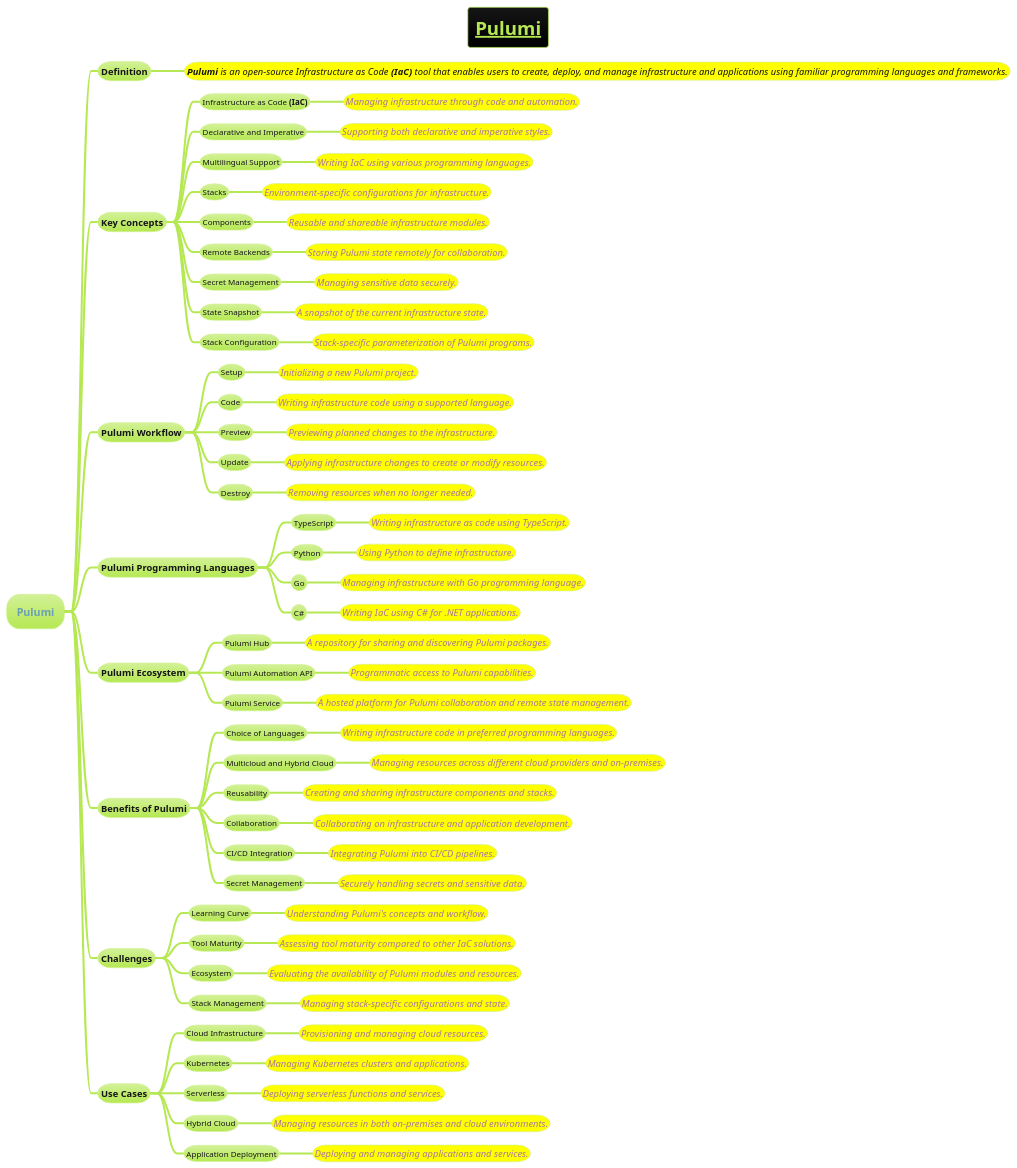
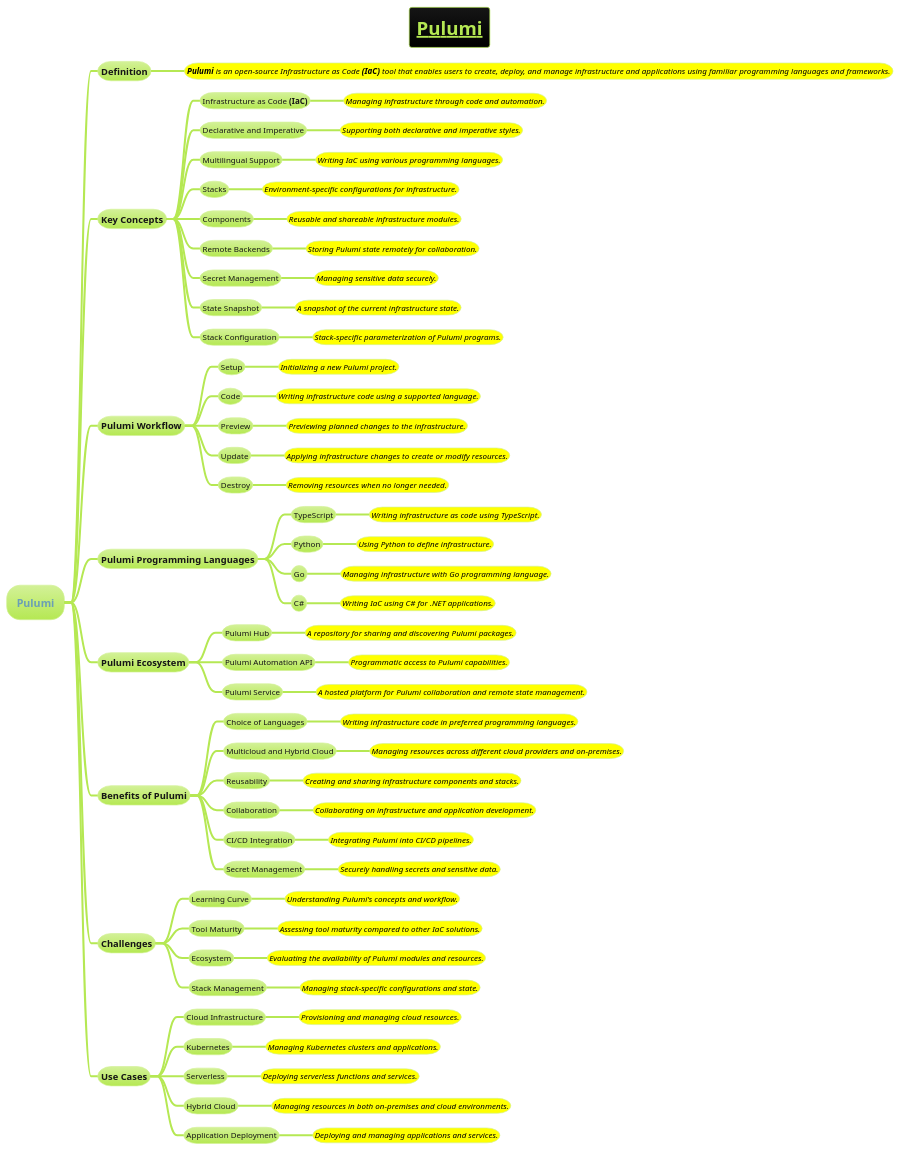
One commit to MehmoodHashmi/Documentation-as-Code-DaC changed the diagram in docs/3-devops/devops-plantuml-mindmap/Pulumi.puml. Above: the diagram before and after it, drawn with PlantUML. The commit also changed 2 other files, not shown here.

```diff
--- a/docs/3-devops/devops-plantuml-mindmap/Pulumi.puml
+++ b/docs/3-devops/devops-plantuml-mindmap/Pulumi.puml
@@ -1,96 +1,96 @@
 @startmindmap
 title =__Pulumi__
 !theme hacker
 
 
 * Pulumi
 ** Definition
-***[#yellow] ====<size:14>**Pulumi** is an open-source Infrastructure as Code **(IaC)** tool that enables users to create, deploy, and manage infrastructure and applications using familiar programming languages and frameworks.
+***[#yellow] <i><size:12><color #black>**Pulumi** is an open-source Infrastructure as Code **(IaC)** tool that enables users to create, deploy, and manage infrastructure and applications using familiar programming languages and frameworks.
 
 ** Key Concepts
 *** Infrastructure as Code **(IaC)**
-****[#yellow] ====<size:14>Managing infrastructure through code and automation.
+****[#yellow] <i><size:12><color #black>Managing infrastructure through code and automation.
 *** Declarative and Imperative
-****[#yellow] ====<size:14>Supporting both declarative and imperative styles.
+****[#yellow] <i><size:12><color #black>Supporting both declarative and imperative styles.
 *** Multilingual Support
-****[#yellow] ====<size:14>Writing IaC using various programming languages.
+****[#yellow] <i><size:12><color #black>Writing IaC using various programming languages.
 *** Stacks
-****[#yellow] ====<size:14>Environment-specific configurations for infrastructure.
+****[#yellow] <i><size:12><color #black>Environment-specific configurations for infrastructure.
 *** Components
-****[#yellow] ====<size:14>Reusable and shareable infrastructure modules.
+****[#yellow] <i><size:12><color #black>Reusable and shareable infrastructure modules.
 *** Remote Backends
-****[#yellow] ====<size:14>Storing Pulumi state remotely for collaboration.
+****[#yellow] <i><size:12><color #black>Storing Pulumi state remotely for collaboration.
 *** Secret Management
-****[#yellow] ====<size:14>Managing sensitive data securely.
+****[#yellow] <i><size:12><color #black>Managing sensitive data securely.
 *** State Snapshot
-****[#yellow] ====<size:14>A snapshot of the current infrastructure state.
+****[#yellow] <i><size:12><color #black>A snapshot of the current infrastructure state.
 *** Stack Configuration
-****[#yellow] ====<size:14>Stack-specific parameterization of Pulumi programs.
+****[#yellow] <i><size:12><color #black>Stack-specific parameterization of Pulumi programs.
 
 ** Pulumi Workflow
 *** Setup
-****[#yellow] ====<size:14>Initializing a new Pulumi project.
+****[#yellow] <i><size:12><color #black>Initializing a new Pulumi project.
 *** Code
-****[#yellow] ====<size:14>Writing infrastructure code using a supported language.
+****[#yellow] <i><size:12><color #black>Writing infrastructure code using a supported language.
 *** Preview
-****[#yellow] ====<size:14>Previewing planned changes to the infrastructure.
+****[#yellow] <i><size:12><color #black>Previewing planned changes to the infrastructure.
 *** Update
-****[#yellow] ====<size:14>Applying infrastructure changes to create or modify resources.
+****[#yellow] <i><size:12><color #black>Applying infrastructure changes to create or modify resources.
 *** Destroy
-****[#yellow] ====<size:14>Removing resources when no longer needed.
+****[#yellow] <i><size:12><color #black>Removing resources when no longer needed.
 
 ** Pulumi Programming Languages
 *** TypeScript
-****[#yellow] ====<size:14>Writing infrastructure as code using TypeScript.
+****[#yellow] <i><size:12><color #black>Writing infrastructure as code using TypeScript.
 *** Python
-****[#yellow] ====<size:14>Using Python to define infrastructure.
+****[#yellow] <i><size:12><color #black>Using Python to define infrastructure.
 *** Go
-****[#yellow] ====<size:14>Managing infrastructure with Go programming language.
+****[#yellow] <i><size:12><color #black>Managing infrastructure with Go programming language.
 *** C#
-****[#yellow] ====<size:14>Writing IaC using C# for .NET applications.
+****[#yellow] <i><size:12><color #black>Writing IaC using C# for .NET applications.
 
 ** Pulumi Ecosystem
 *** Pulumi Hub
-****[#yellow] ====<size:14>A repository for sharing and discovering Pulumi packages.
+****[#yellow] <i><size:12><color #black>A repository for sharing and discovering Pulumi packages.
 *** Pulumi Automation API
-****[#yellow] ====<size:14>Programmatic access to Pulumi capabilities.
+****[#yellow] <i><size:12><color #black>Programmatic access to Pulumi capabilities.
 *** Pulumi Service
-****[#yellow] ====<size:14>A hosted platform for Pulumi collaboration and remote state management.
+****[#yellow] <i><size:12><color #black>A hosted platform for Pulumi collaboration and remote state management.
 
 ** Benefits of Pulumi
 *** Choice of Languages
-****[#yellow] ====<size:14>Writing infrastructure code in preferred programming languages.
+****[#yellow] <i><size:12><color #black>Writing infrastructure code in preferred programming languages.
 *** Multicloud and Hybrid Cloud
-****[#yellow] ====<size:14>Managing resources across different cloud providers and on-premises.
+****[#yellow] <i><size:12><color #black>Managing resources across different cloud providers and on-premises.
 *** Reusability
-****[#yellow] ====<size:14>Creating and sharing infrastructure components and stacks.
+****[#yellow] <i><size:12><color #black>Creating and sharing infrastructure components and stacks.
 *** Collaboration
-****[#yellow] ====<size:14>Collaborating on infrastructure and application development.
+****[#yellow] <i><size:12><color #black>Collaborating on infrastructure and application development.
 *** CI/CD Integration
-****[#yellow] ====<size:14>Integrating Pulumi into CI/CD pipelines.
+****[#yellow] <i><size:12><color #black>Integrating Pulumi into CI/CD pipelines.
 *** Secret Management
-****[#yellow] ====<size:14>Securely handling secrets and sensitive data.
+****[#yellow] <i><size:12><color #black>Securely handling secrets and sensitive data.
 
 ** Challenges
 *** Learning Curve
-****[#yellow] ====<size:14>Understanding Pulumi's concepts and workflow.
+****[#yellow] <i><size:12><color #black>Understanding Pulumi's concepts and workflow.
 *** Tool Maturity
-****[#yellow] ====<size:14>Assessing tool maturity compared to other IaC solutions.
+****[#yellow] <i><size:12><color #black>Assessing tool maturity compared to other IaC solutions.
 *** Ecosystem
-****[#yellow] ====<size:14>Evaluating the availability of Pulumi modules and resources.
+****[#yellow] <i><size:12><color #black>Evaluating the availability of Pulumi modules and resources.
 *** Stack Management
-****[#yellow] ====<size:14>Managing stack-specific configurations and state.
+****[#yellow] <i><size:12><color #black>Managing stack-specific configurations and state.
 
 ** Use Cases
 *** Cloud Infrastructure
-****[#yellow] ====<size:14>Provisioning and managing cloud resources.
+****[#yellow] <i><size:12><color #black>Provisioning and managing cloud resources.
 *** Kubernetes
-****[#yellow] ====<size:14>Managing Kubernetes clusters and applications.
+****[#yellow] <i><size:12><color #black>Managing Kubernetes clusters and applications.
 *** Serverless
-****[#yellow] ====<size:14>Deploying serverless functions and services.
+****[#yellow] <i><size:12><color #black>Deploying serverless functions and services.
 *** Hybrid Cloud
-****[#yellow] ====<size:14>Managing resources in both on-premises and cloud environments.
+****[#yellow] <i><size:12><color #black>Managing resources in both on-premises and cloud environments.
 *** Application Deployment
-****[#yellow] ====<size:14>Deploying and managing applications and services.
+****[#yellow] <i><size:12><color #black>Deploying and managing applications and services.
 
 @endmindmap
```
